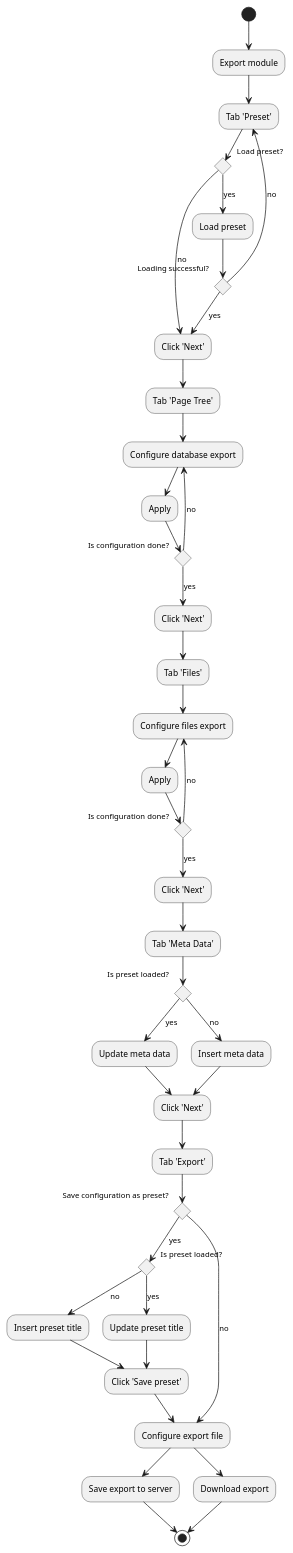
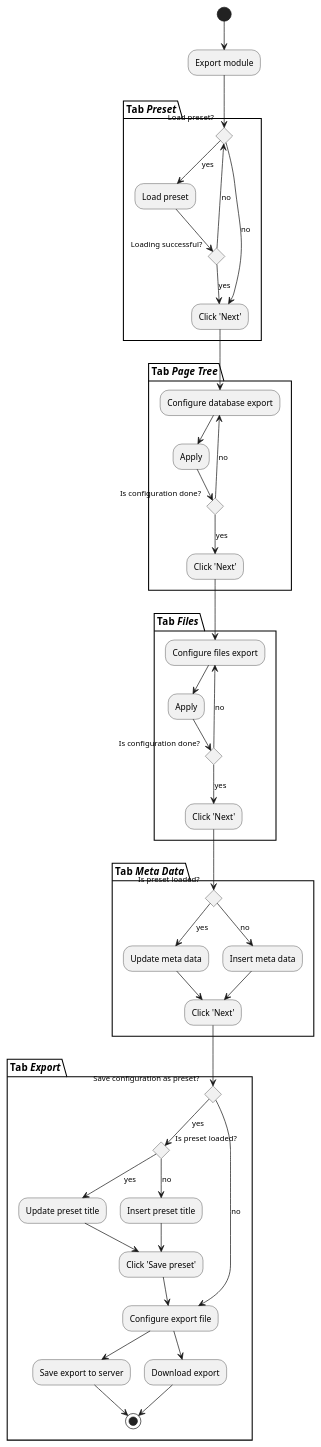
One commit to alexander-nitsche/TYPO3.CMS changed the diagram in typo3/sysext/impexp/Documentation/Introduction/Index.rst. Above: the diagram before and after it, drawn with PlantUML.

Commit message:
[DOCS] Highlight export module tabs in UML diagram

```diff
--- a/typo3/sysext/impexp/Documentation/Introduction/Index.rst
+++ b/typo3/sysext/impexp/Documentation/Introduction/Index.rst
@@ -19,67 +19,80 @@
 .. uml::
 
    (*) --> "Export module"
-   --> "Tab 'Preset'"
 
-   if "Load preset?" then
-      -->[yes] "Load preset"
+   partition "Tab <i>Preset</i>" {
 
-      if "Loading successful?" then
-         -->[yes] "Click 'Next'" as clickNextOnPreset
+      if "Load preset?" as loadPreset then
+         -->[yes] "Load preset"
+
+         if "Loading successful?" then
+            -->[yes] "Click 'Next'" as clickNextOnPreset
+         else
+            -->[no] loadPreset
+         endif
       else
-         -->[no] "Tab 'Preset'"
+         -->[no] clickNextOnPreset
       endif
-   else
-      -->[no] clickNextOnPreset
-   endif
 
-   --> "Tab 'Page Tree'"
-   --> "Configure database export"
-   --> "Apply" as applyPageTree
+   }
 
-   if "Is configuration done?" then
-      -->[yes] "Click 'Next'" as clickNextOnPageTree
-   else
-      -->[no] "Configure database export"
-   endif
+   partition "Tab <i>Page Tree</i>" {
 
-   clickNextOnPageTree --> "Tab 'Files'"
-   --> "Configure files export"
-   --> "Apply" as applyFiles
+      --> "Configure database export"
+      --> "Apply" as applyPageTree
 
-   if "Is configuration done?" then
-      -->[yes] "Click 'Next'" as clickNextOnFiles
-   else
-      -->[no] "Configure files export"
-   endif
+      if "Is configuration done?" then
+         -->[yes] "Click 'Next'" as clickNextOnPageTree
+      else
+         -->[no] "Configure database export"
+      endif
 
-   clickNextOnFiles --> "Tab 'Meta Data'"
+   }
 
-   if "Is preset loaded?" then
-      -->[yes] "Update meta data"
-      --> "Click 'Next'" as clickNextOnMetaData
-   else
-      -->[no] "Insert meta data"
-      --> clickNextOnMetaData
-   endif
+   partition "Tab <i>Files</i>" {
 
-   clickNextOnMetaData --> "Tab 'Export'"
+      clickNextOnPageTree --> "Configure files export"
+      --> "Apply" as applyFiles
 
-   if "Save configuration as preset?" then
-      -->[yes] if "Is preset loaded?" then
-         -->[yes] "Update preset title"
-         --> "Click 'Save preset'" as savePreset
-         --> "Configure export file" as configureExport
+      if "Is configuration done?" then
+         -->[yes] "Click 'Next'" as clickNextOnFiles
       else
-         -->[no] "Insert preset title"
-         --> savePreset
+         -->[no] "Configure files export"
       endif
-   else
-      -->[no] configureExport
-   endif
 
-   configureExport --> "Save export to server"
-   --> (*)
+   }
 
-   configureExport --> "Download export"
-   --> (*)
+   partition "Tab <i>Meta Data</i>" {
+
+      clickNextOnFiles --> if "Is preset loaded?" then
+         -->[yes] "Update meta data"
+         --> "Click 'Next'" as clickNextOnMetaData
+      else
+         -->[no] "Insert meta data"
+         --> clickNextOnMetaData
+      endif
+
+   }
+
+   partition "Tab <i>Export</i>" {
+
+      clickNextOnMetaData --> if "Save configuration as preset?" then
+         -->[yes] if "Is preset loaded?" then
+            -->[yes] "Update preset title"
+            --> "Click 'Save preset'" as savePreset
+            --> "Configure export file" as configureExport
+         else
+            -->[no] "Insert preset title"
+            --> savePreset
+         endif
+      else
+         -->[no] configureExport
+      endif
+
+      configureExport --> "Save export to server"
+      --> (*)
+
+      configureExport --> "Download export"
+      --> (*)
+
+   }
```
